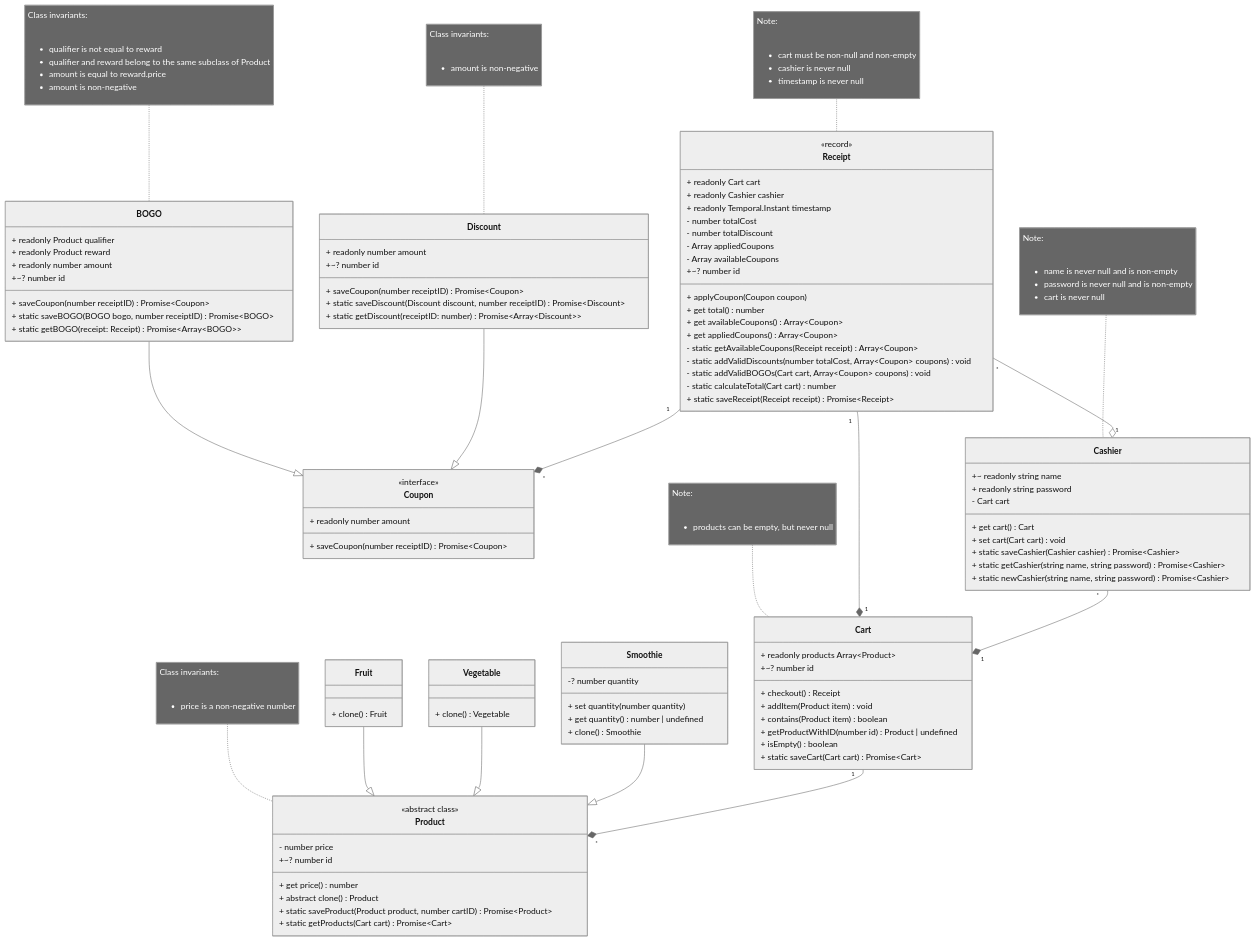
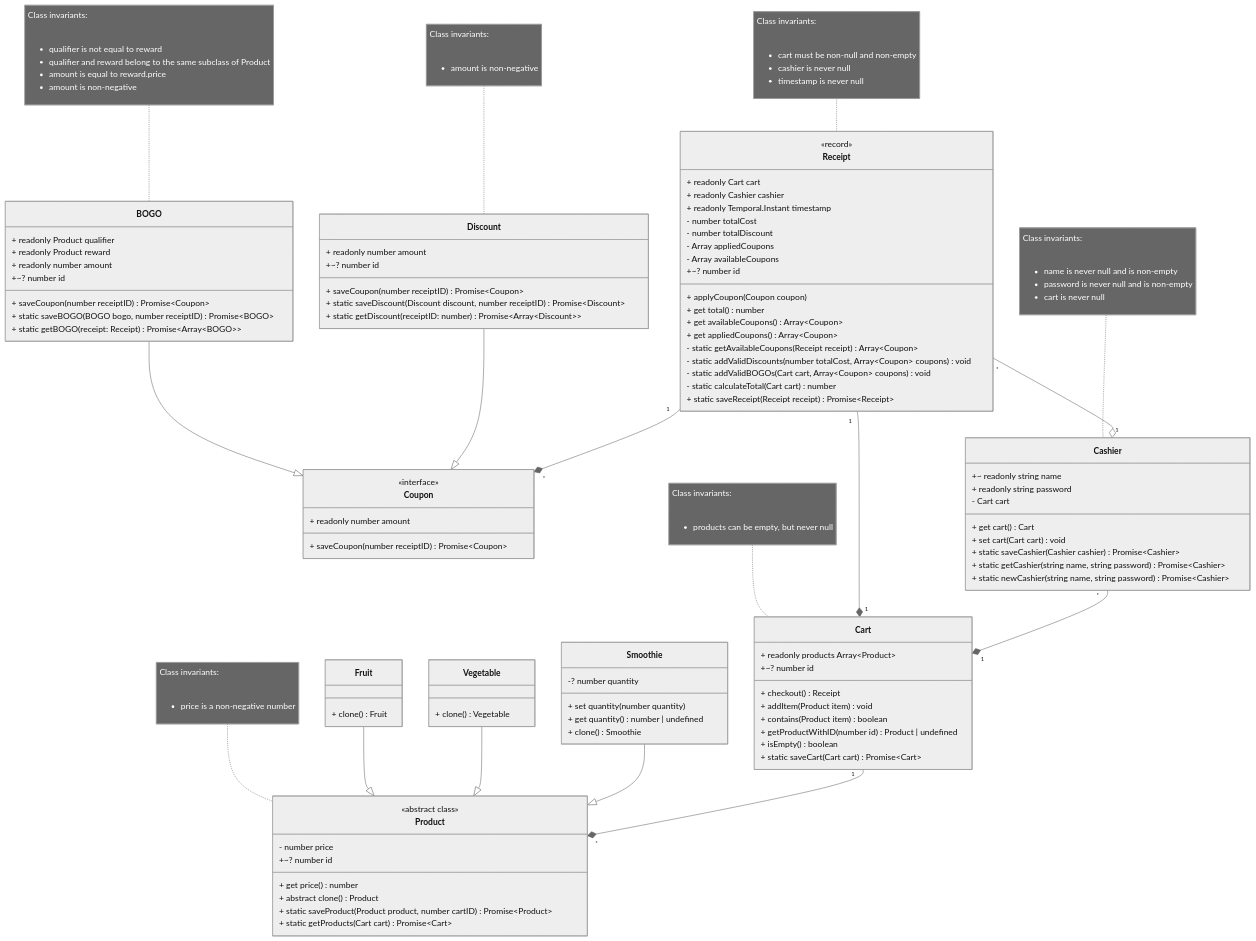
Before and after one commit to Bilal-Shoaib/2452-Project: the diagram in domain.md, drawn with Mermaid (neutral theme). The commit also changed 53 other files, not shown here.

```diff
--- a/domain.md
+++ b/domain.md
@@ -92,7 +92,7 @@
 
         + static saveCart(Cart cart) Promise~Cart~
     }
-    note for Cart "Note: <ul>
+    note for Cart "Class invariants: <ul>
     <li> products can be empty, but never null
     </ul>"
     
@@ -123,7 +123,7 @@
 
         + static saveReceipt(Receipt receipt) Promise~Receipt~
     }
-    note for Receipt "Note: <ul>
+    note for Receipt "Class invariants: <ul>
     <li> cart must be non-null and non-empty
     <li> cashier is never null
     <li> timestamp is never null
@@ -142,7 +142,7 @@
         + static getCashier(string name, string password) Promise~Cashier~
         + static newCashier(string name, string password) Promise~Cashier~
     }
-    note for Cashier "Note: <ul>
+    note for Cashier "Class invariants: <ul>
     <li> name is never null and is non-empty
     <li> password is never null and is non-empty
     <li> cart is never null
```
